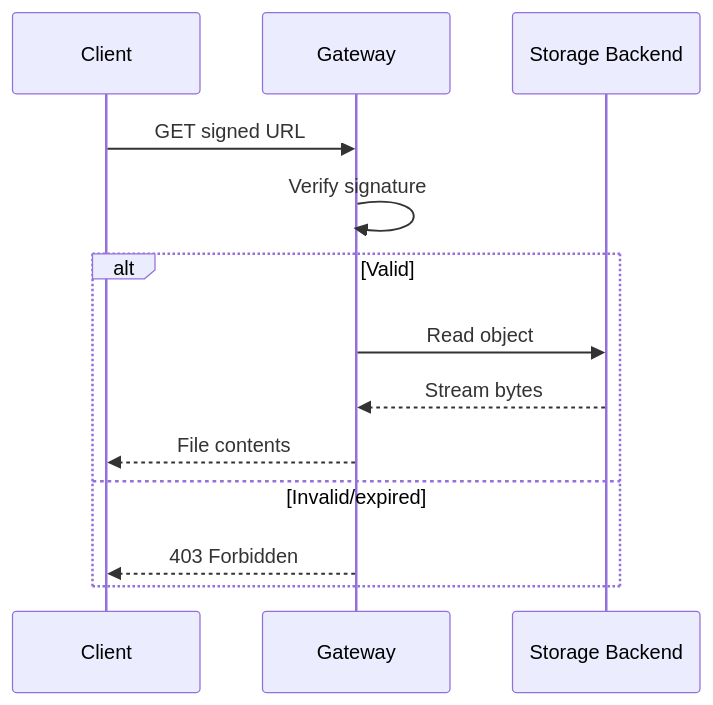
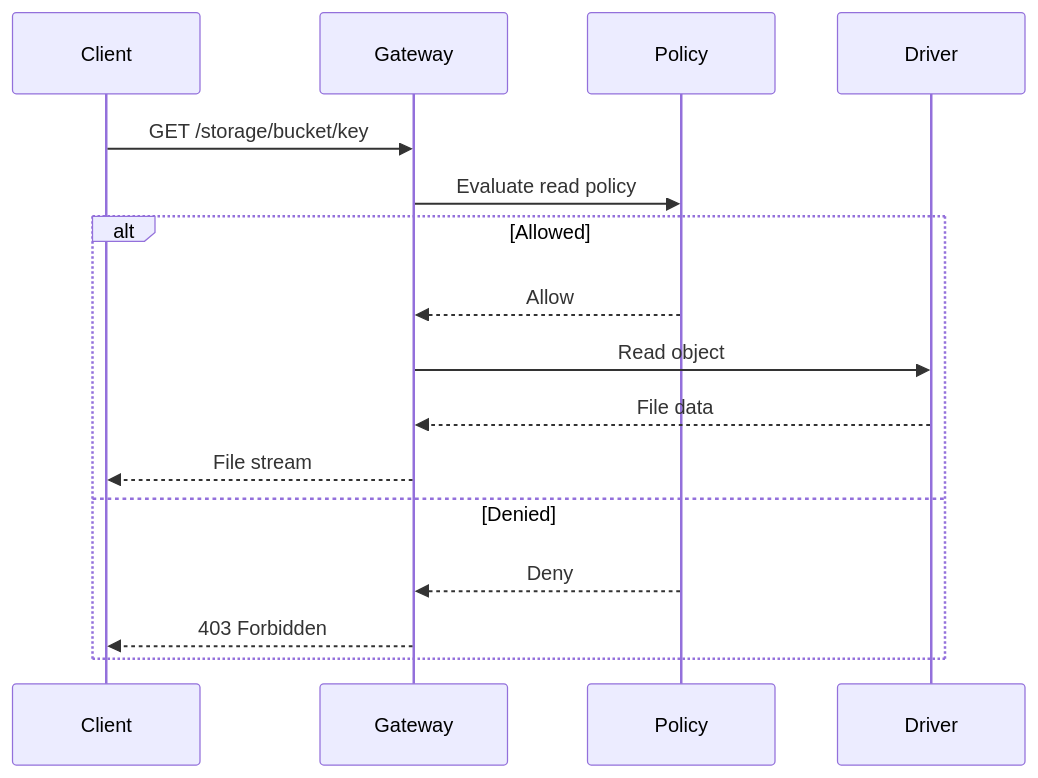
The diagram in apps/docs/storage/downloads.mdx (sillohq/pawabase), drawn with Mermaid before and after one commit. The commit also changed other lines of this file and 90 other files, not shown here.

````diff
--- a/apps/docs/storage/downloads.mdx
+++ b/apps/docs/storage/downloads.mdx
@@ -60,15 +95,14 @@
 ```mermaid
 sequenceDiagram
-    participant C as Client
-    participant G as Gateway
-    participant B as Storage Backend
-    C->>G: GET signed URL
-    G->>G: Verify signature
-    alt Valid
-        G->>B: Read object
-        B-->>G: Stream bytes
-        G-->>C: File contents
-    else Invalid/expired
-        G-->>C: 403 Forbidden
+    Client->>Gateway: GET /storage/bucket/key
+    Gateway->>Policy: Evaluate read policy
+    alt Allowed
+        Policy-->>Gateway: Allow
+        Gateway->>Driver: Read object
+        Driver-->>Gateway: File data
+        Gateway-->>Client: File stream
+    else Denied
+        Policy-->>Gateway: Deny
+        Gateway-->>Client: 403 Forbidden
     end
 ```
````
